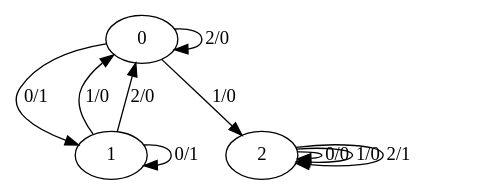
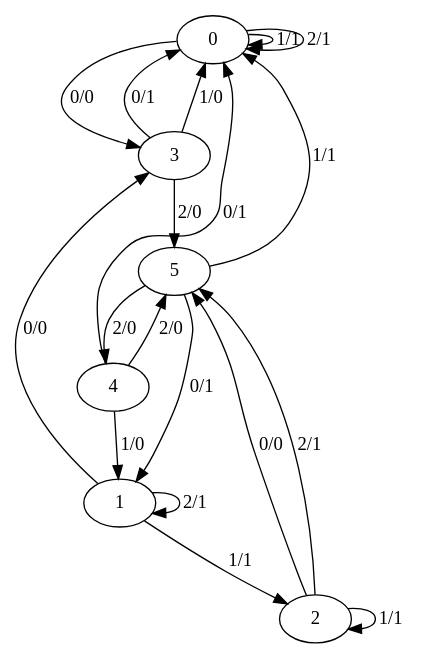
One commit to protasov-ilja/TAiFYA changed the diagram in Minimization/Minimization/test.dot. Above: the diagram before and after it, drawn with Graphviz. The commit also changed 1 other file, not shown here.

```diff
--- a/Minimization/Minimization/test.dot
+++ b/Minimization/Minimization/test.dot
@@ -1,14 +1,26 @@
 digraph G {
 0;
 1;
 2;
-0->1  [label="0/1", weight="0/1"];
-0->2  [label="1/0", weight="1/0"];
-0->0  [label="2/0", weight="2/0"];
-1->1  [label="0/1", weight="0/1"];
-1->0  [label="1/0", weight="1/0"];
-1->0  [label="2/0", weight="2/0"];
-2->2  [label="0/0", weight="0/0"];
-2->2  [label="1/0", weight="1/0"];
-2->2  [label="2/1", weight="2/1"];
+3;
+4;
+5;
+0->3  [label="0/0", weight="0/0"];
+0->0  [label="1/1", weight="1/1"];
+0->0  [label="2/1", weight="2/1"];
+1->3  [label="0/0", weight="0/0"];
+1->2  [label="1/1", weight="1/1"];
+1->1  [label="2/1", weight="2/1"];
+2->5  [label="0/0", weight="0/0"];
+2->2  [label="1/1", weight="1/1"];
+2->5  [label="2/1", weight="2/1"];
+3->0  [label="0/1", weight="0/1"];
+3->0  [label="1/0", weight="1/0"];
+3->5  [label="2/0", weight="2/0"];
+4->0  [label="0/1", weight="0/1"];
+4->1  [label="1/0", weight="1/0"];
+4->5  [label="2/0", weight="2/0"];
+5->1  [label="0/1", weight="0/1"];
+5->0  [label="1/1", weight="1/1"];
+5->4  [label="2/0", weight="2/0"];
 }
```
